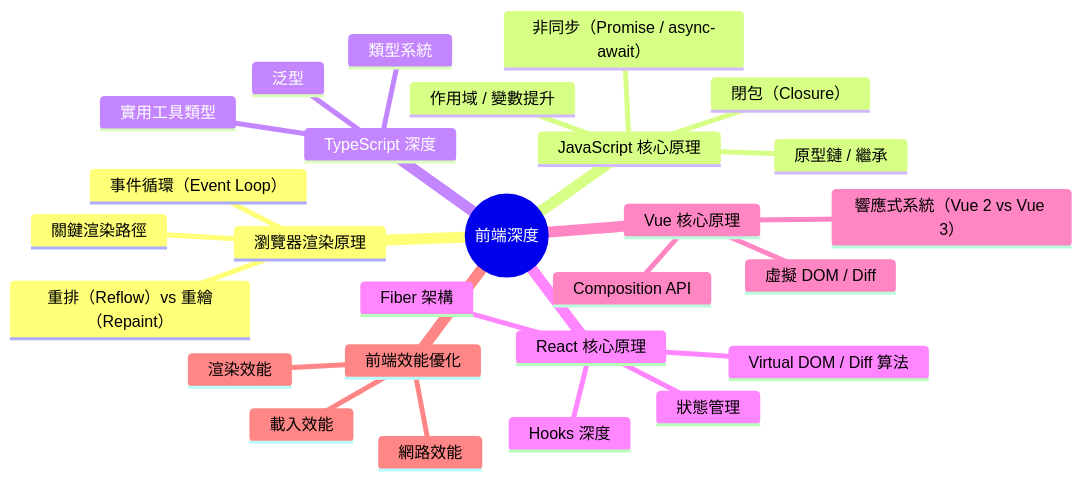
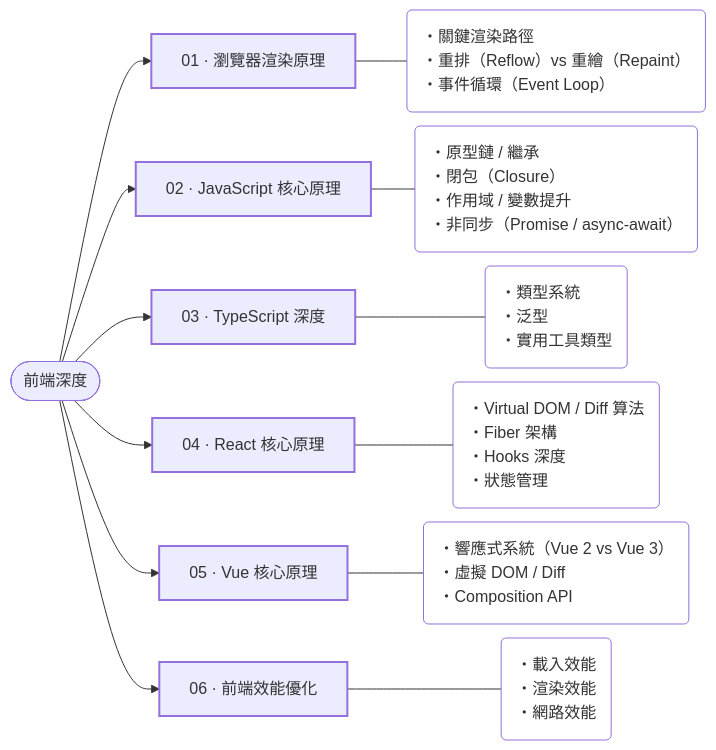
Before and after one commit to AnthonyFuFu/StudyNotes: the diagram in docs/fundamentals/frontend/index.md, drawn with Mermaid. The commit also changed 43 other files, not shown here.

````diff
--- a/docs/fundamentals/frontend/index.md
+++ b/docs/fundamentals/frontend/index.md
@@ -13,30 +13,33 @@
 ``` mermaid
-mindmap
-  root((前端深度))
-    瀏覽器渲染原理
-      關鍵渲染路徑
-      重排（Reflow）vs 重繪（Repaint）
-      事件循環（Event Loop）
-    JavaScript 核心原理
-      原型鏈 / 繼承
-      閉包（Closure）
-      作用域 / 變數提升
-      非同步（Promise / async-await）
-    TypeScript 深度
-      類型系統
-      泛型
-      實用工具類型
-    React 核心原理
-      Virtual DOM / Diff 算法
-      Fiber 架構
-      Hooks 深度
-      狀態管理
-    Vue 核心原理
-      響應式系統（Vue 2 vs Vue 3）
-      虛擬 DOM / Diff
-      Composition API
-    前端效能優化
-      載入效能
-      渲染效能
-      網路效能
+%%{init: {"flowchart": {"nodeSpacing": 14, "rankSpacing": 36, "wrappingWidth": 420}}}%%
+flowchart LR
+    R(["前端深度"])
+    c0["01 · 瀏覽器渲染原理"]
+    R --> c0
+    p0("・關鍵渲染路徑<br>・重排（Reflow）vs 重繪（Repaint）<br>・事件循環（Event Loop）")
+    c0 --- p0
+    c1["02 · JavaScript 核心原理"]
+    R --> c1
+    p1("・原型鏈 / 繼承<br>・閉包（Closure）<br>・作用域 / 變數提升<br>・非同步（Promise / async-await）")
+    c1 --- p1
+    c2["03 · TypeScript 深度"]
+    R --> c2
+    p2("・類型系統<br>・泛型<br>・實用工具類型")
+    c2 --- p2
+    c3["04 · React 核心原理"]
+    R --> c3
+    p3("・Virtual DOM / Diff 算法<br>・Fiber 架構<br>・Hooks 深度<br>・狀態管理")
+    c3 --- p3
+    c4["05 · Vue 核心原理"]
+    R --> c4
+    p4("・響應式系統（Vue 2 vs Vue 3）<br>・虛擬 DOM / Diff<br>・Composition API")
+    c4 --- p4
+    c5["06 · 前端效能優化"]
+    R --> c5
+    p5("・載入效能<br>・渲染效能<br>・網路效能")
+    c5 --- p5
+    classDef chapter stroke-width:2px
+    classDef points fill:transparent,text-align:left
+    class c0,c1,c2,c3,c4,c5 chapter
+    class p0,p1,p2,p3,p4,p5 points
 ```
````
